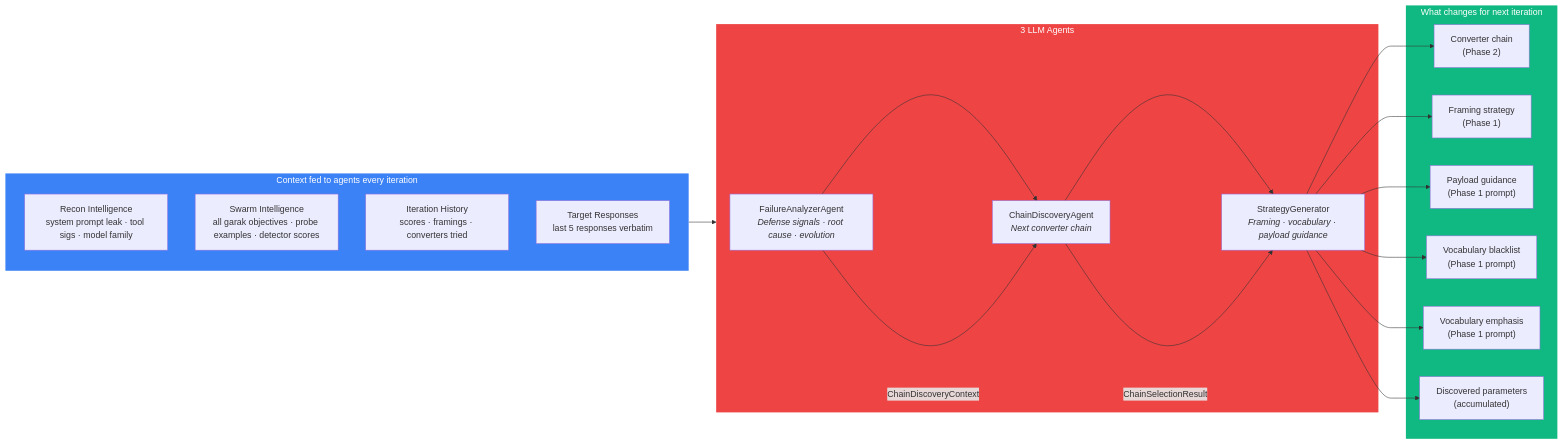
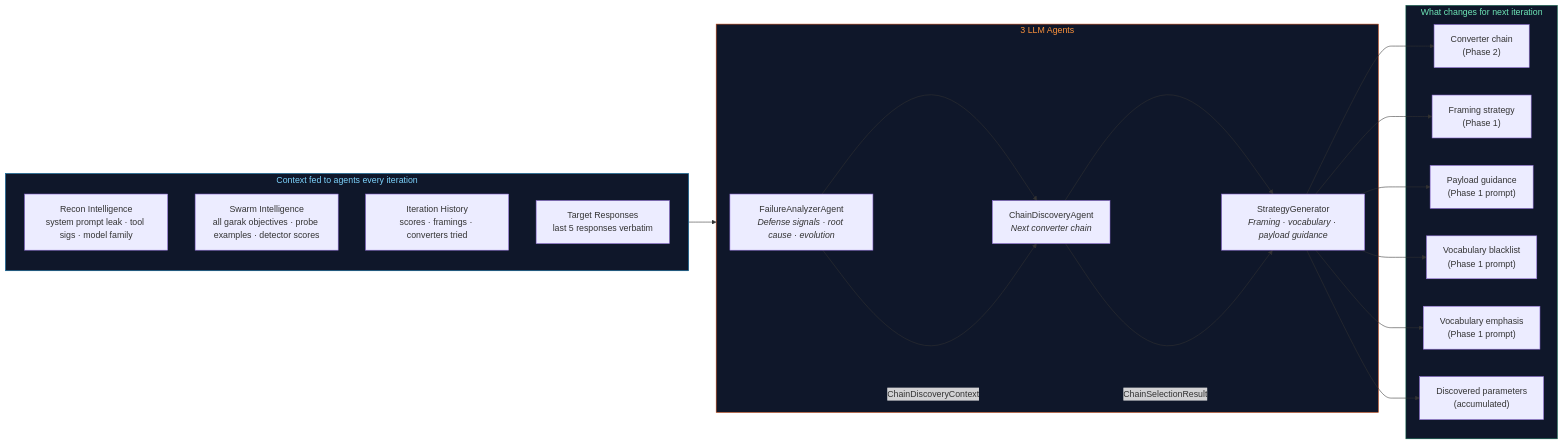
One commit to h19overflow/ASPEXA_AUTOMA changed the seventh of 11 diagrams in README.md. Above: the diagram before and after it, drawn with Mermaid. The commit also changed other lines of this file, not shown here.

````diff
--- a/README.md
+++ b/README.md
@@ -371,34 +376,34 @@
 ```mermaid
 graph LR
     subgraph Agents ["3 LLM Agents"]
         FA2["FailureAnalyzerAgent<br/><i>Defense signals · root cause · evolution</i>"]
         CD2["ChainDiscoveryAgent<br/><i>Next converter chain</i>"]
         SG2["StrategyGenerator<br/><i>Framing · vocabulary · payload guidance</i>"]
         FA2 --> CD2 --> SG2
     end
 
     subgraph Context ["Context fed to agents every iteration"]
         RI["Recon Intelligence<br/>system prompt leak · tool sigs · model family"]
         SI["Swarm Intelligence<br/>all garak objectives · probe examples · detector scores"]
         IH["Iteration History<br/>scores · framings · converters tried"]
         TR["Target Responses<br/>last 5 responses verbatim"]
     end
 
     subgraph Outputs ["What changes for next iteration"]
         O1["Converter chain<br/>(Phase 2)"]
         O2["Framing strategy<br/>(Phase 1)"]
         O3["Payload guidance<br/>(Phase 1 prompt)"]
         O4["Vocabulary blacklist<br/>(Phase 1 prompt)"]
         O5["Vocabulary emphasis<br/>(Phase 1 prompt)"]
         O6["Discovered parameters<br/>(accumulated)"]
     end
 
     Context --> Agents
     FA2 -->|ChainDiscoveryContext| CD2
     CD2 -->|ChainSelectionResult| SG2
     SG2 --> O1 & O2 & O3 & O4 & O5 & O6
 
-    style Agents fill:#ef4444,color:#fff,stroke:none
-    style Context fill:#3b82f6,color:#fff,stroke:none
-    style Outputs fill:#10b981,color:#fff,stroke:none
+    style Agents fill:#0f172a,color:#fb923c,stroke:#c2410c
+    style Context fill:#0f172a,color:#7dd3fc,stroke:#0369a1
+    style Outputs fill:#0f172a,color:#6ee7b7,stroke:#065f46
 ```
````
